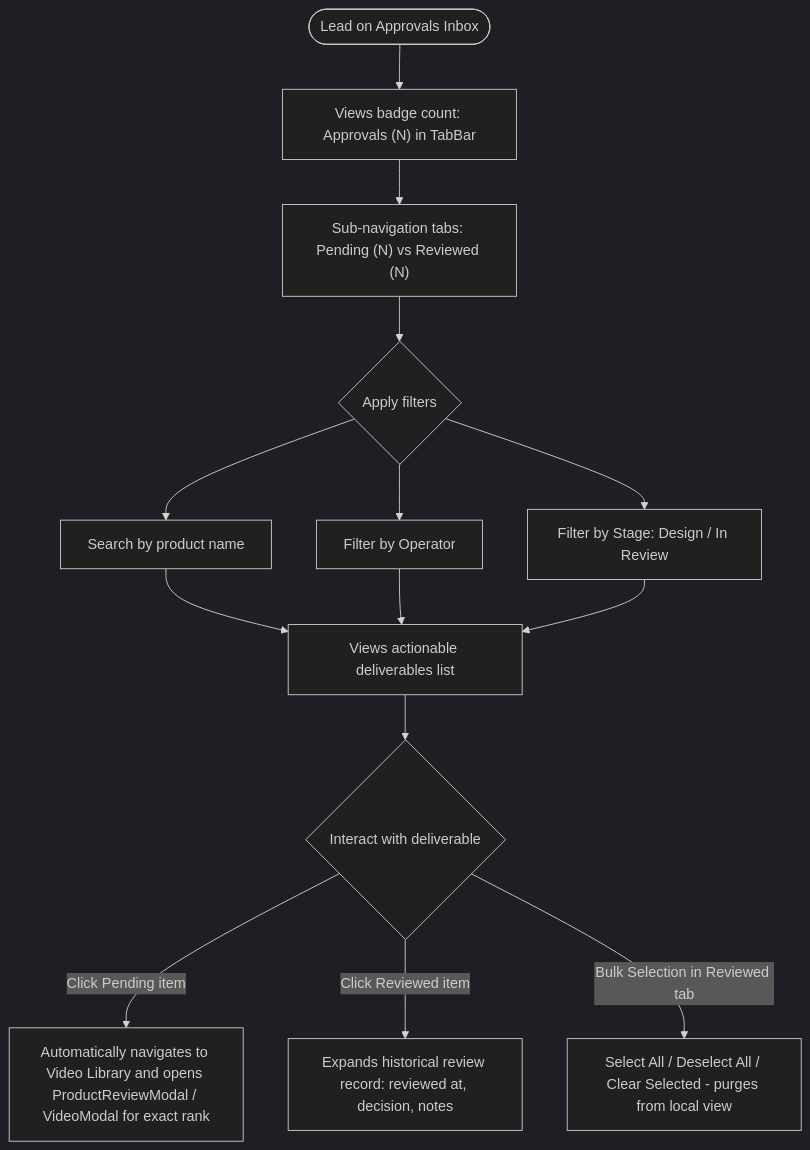
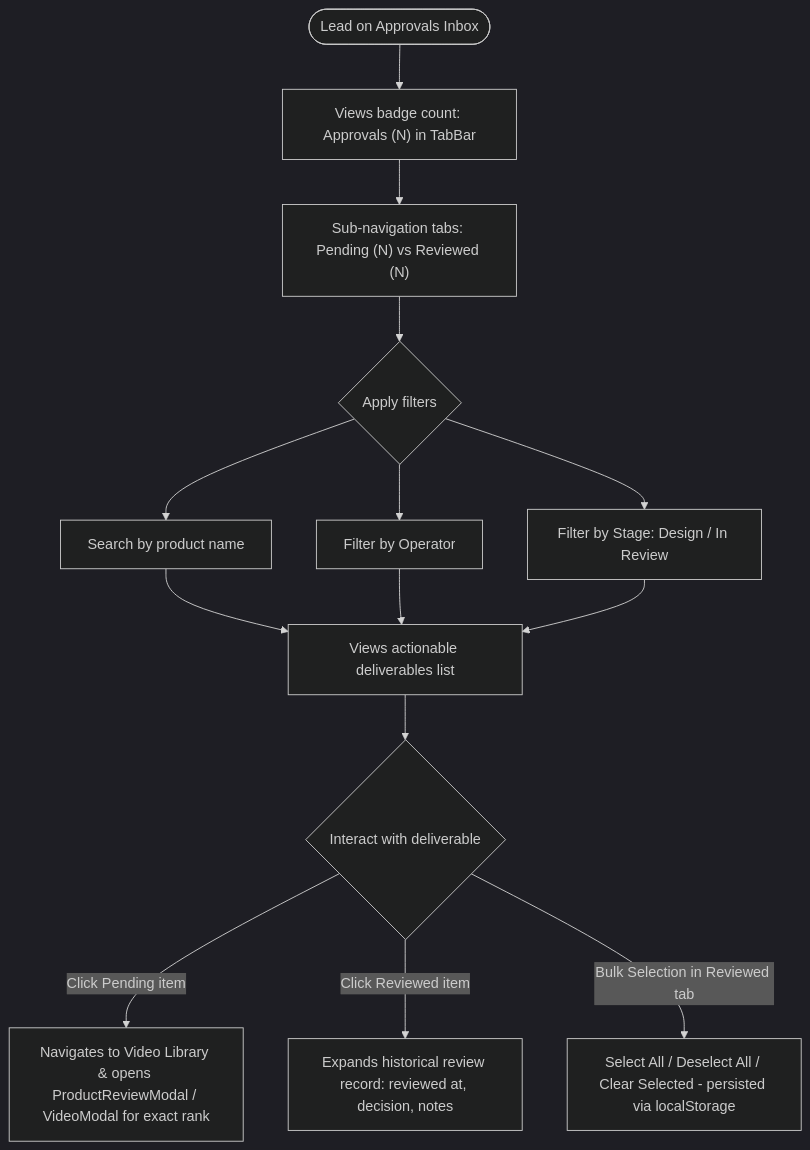
One commit to Lyduke56/BuckedUp-Dashboard-Lifewood changed the fifth of 7 diagrams in role_workflows.md. Above: the diagram before and after it, drawn with Mermaid (dark theme). The commit also changed other lines of this file and 1 other file, not shown here.

````diff
--- a/role_workflows.md
+++ b/role_workflows.md
@@ -280,15 +165,15 @@
 ```mermaid
 flowchart TD
     A([Lead on Approvals Inbox]) --> B["Views badge count: Approvals (N) in TabBar"]
     B --> C["Sub-navigation tabs: Pending (N) vs Reviewed (N)"]
     C --> D{Apply filters}
     D --> E[Search by product name]
     D --> F[Filter by Operator]
     D --> G["Filter by Stage: Design / In Review"]
     E & F & G --> H[Views actionable deliverables list]
 
     H --> I{Interact with deliverable}
-    I -- "Click Pending item" --> J["Automatically navigates to Video Library and opens ProductReviewModal / VideoModal for exact rank"]
+    I -- "Click Pending item" --> J["Navigates to Video Library & opens ProductReviewModal / VideoModal for exact rank"]
     I -- "Click Reviewed item" --> K["Expands historical review record: reviewed at, decision, notes"]
-    I -- "Bulk Selection in Reviewed tab" --> L["Select All / Deselect All / Clear Selected - purges from local view"]
+    I -- "Bulk Selection in Reviewed tab" --> L["Select All / Deselect All / Clear Selected - persisted via localStorage"]
 ```
````
